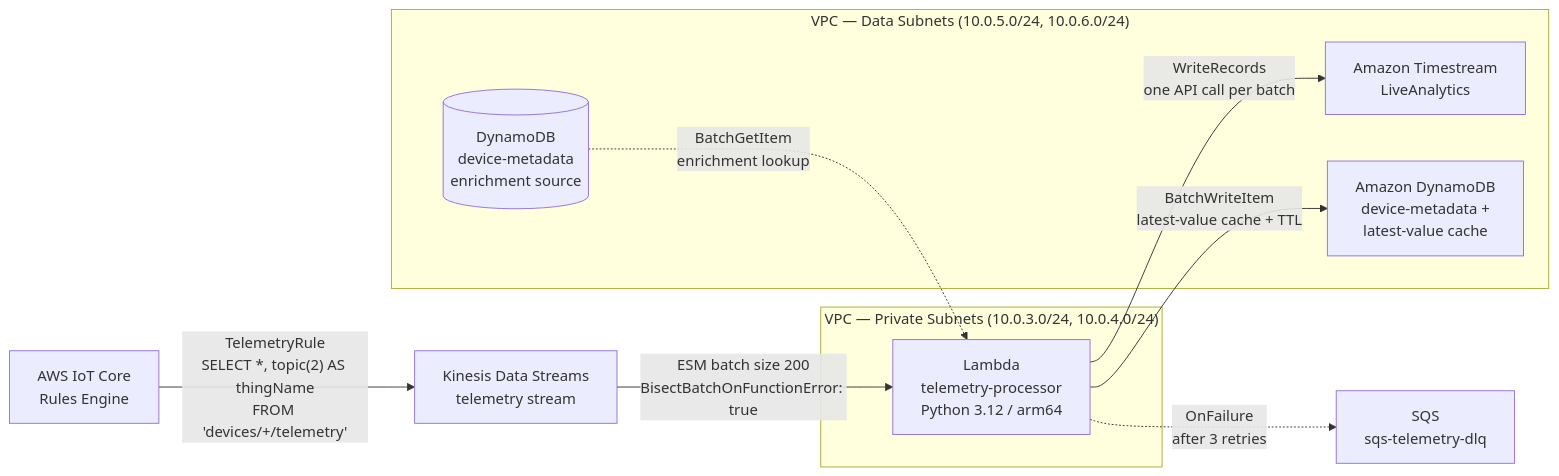
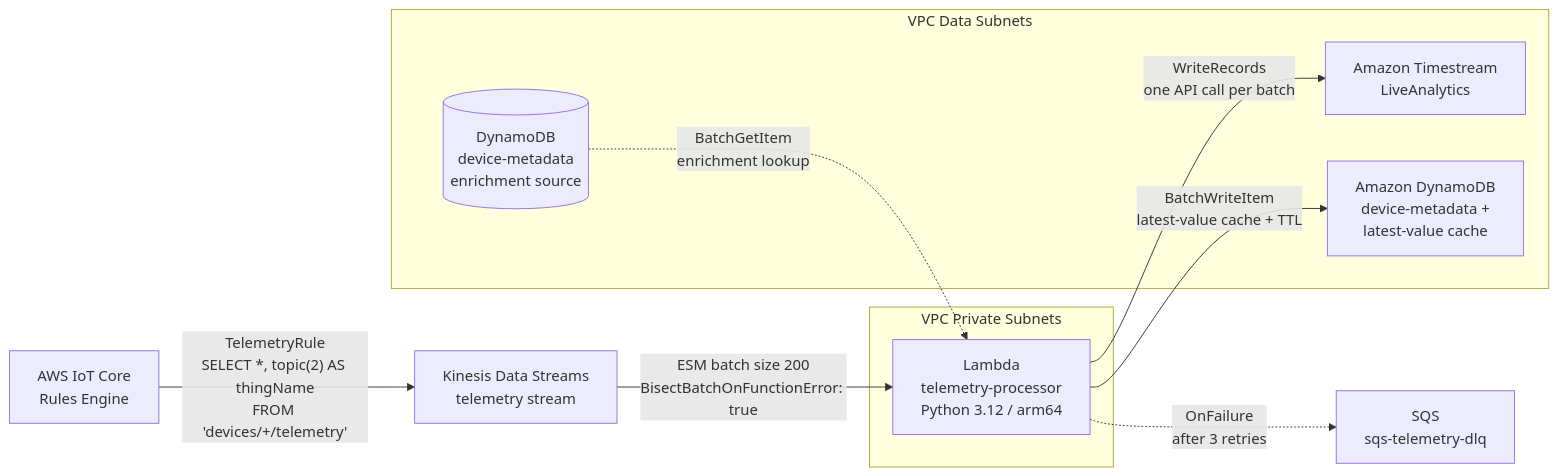
The diagram in docs/architecture/04-data-pipeline-processing.md (aldorea/ikerland-data), drawn with Mermaid before and after one commit. The commit also changed 9 other files, not shown here.

First line of the commit message:
fix(docs): fix Mermaid rendering issues across all architecture diagrams

````diff
--- a/docs/architecture/04-data-pipeline-processing.md
+++ b/docs/architecture/04-data-pipeline-processing.md
@@ -87,27 +87,23 @@
 ```mermaid
 flowchart LR
     IOT[AWS IoT Core\nRules Engine]
     KDS[Kinesis Data Streams\ntelemetry stream]
-    LAM[Lambda\ntelemetry-processor\nPython 3.12 / arm64]
-    TS[Amazon Timestream\nLiveAnalytics]
-    DDB[Amazon DynamoDB\ndevice-metadata +\nlatest-value cache]
     DLQ[SQS\nsqs-telemetry-dlq]
-    META[(DynamoDB\ndevice-metadata\nenrichment source)]
+
+    subgraph VPC_PRIVATE["VPC Private Subnets"]
+        LAM[Lambda\ntelemetry-processor\nPython 3.12 / arm64]
+    end
+
+    subgraph VPC_DATA["VPC Data Subnets"]
+        TS[Amazon Timestream\nLiveAnalytics]
+        DDB[Amazon DynamoDB\ndevice-metadata +\nlatest-value cache]
+        META[(DynamoDB\ndevice-metadata\nenrichment source)]
+    end
 
     IOT -->|"TelemetryRule\nSELECT *, topic(2) AS thingName\nFROM 'devices/+/telemetry'"| KDS
     KDS -->|"ESM batch size 200\nBisectBatchOnFunctionError: true"| LAM
     LAM -->|"WriteRecords\none API call per batch"| TS
     LAM -->|"BatchWriteItem\nlatest-value cache + TTL"| DDB
     LAM -.->|"OnFailure\nafter 3 retries"| DLQ
     META -.->|"BatchGetItem\nenrichment lookup"| LAM
-
-    subgraph VPC_PRIVATE["VPC — Private Subnets (10.0.3.0/24, 10.0.4.0/24)"]
-        LAM
-    end
-
-    subgraph VPC_DATA["VPC — Data Subnets (10.0.5.0/24, 10.0.6.0/24)"]
-        TS
-        DDB
-        META
-    end
 ```
````
